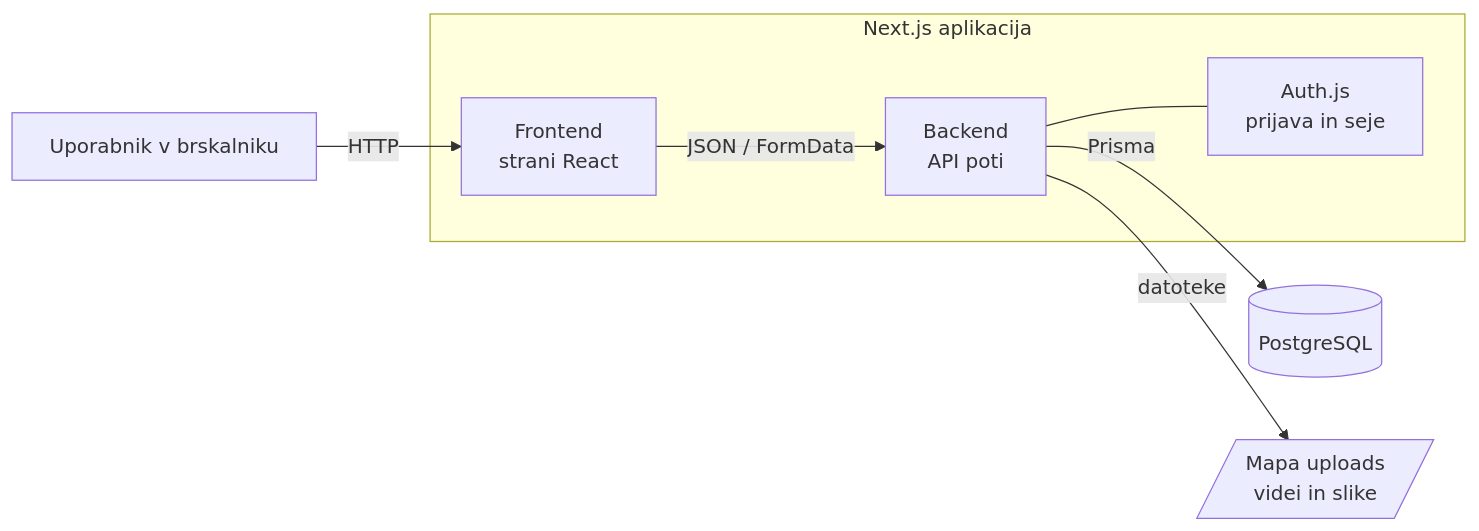
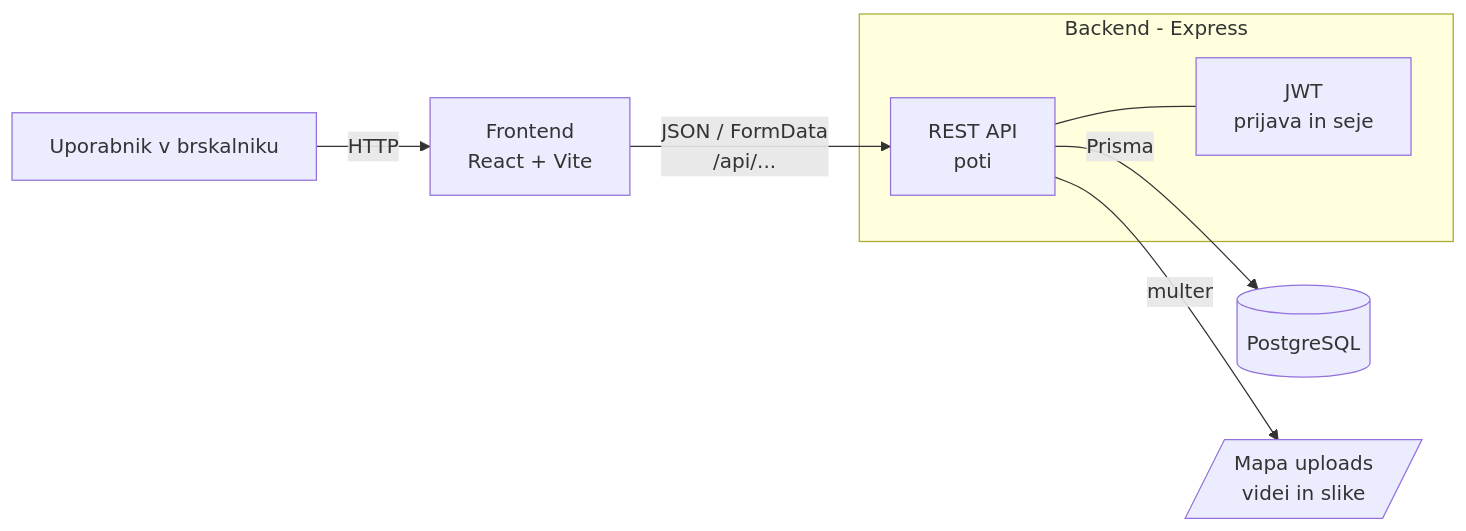
Before and after one commit to NCekuta/GetAd: the diagram in docs/04-arhitektura-in-tehnoloski-sklad.md, drawn with Mermaid. The commit also changed other lines of this file and 11 other files, not shown here.

First line of the commit message:
docs: popravki zgodb in prehod na ločen frontend in backend (#2)

````diff
--- a/docs/04-arhitektura-in-tehnoloski-sklad.md
+++ b/docs/04-arhitektura-in-tehnoloski-sklad.md
@@ -48,10 +55,10 @@
 ```mermaid
 flowchart LR
     U[Uporabnik v brskalniku] -- HTTP --> F
-    subgraph N[Next.js aplikacija]
-        F[Frontend<br>strani React] -- JSON / FormData --> A[Backend<br>API poti]
-        A --- AU[Auth.js<br>prijava in seje]
+    F[Frontend<br>React + Vite] -- JSON / FormData<br>/api/... --> A
+    subgraph B[Backend - Express]
+        A[REST API<br>poti] --- AU[JWT<br>prijava in seje]
     end
     A -- Prisma --> D[(PostgreSQL)]
-    A -- datoteke --> S[/Mapa uploads<br>videi in slike/]
+    A -- multer --> S[/Mapa uploads<br>videi in slike/]
 ```
````
